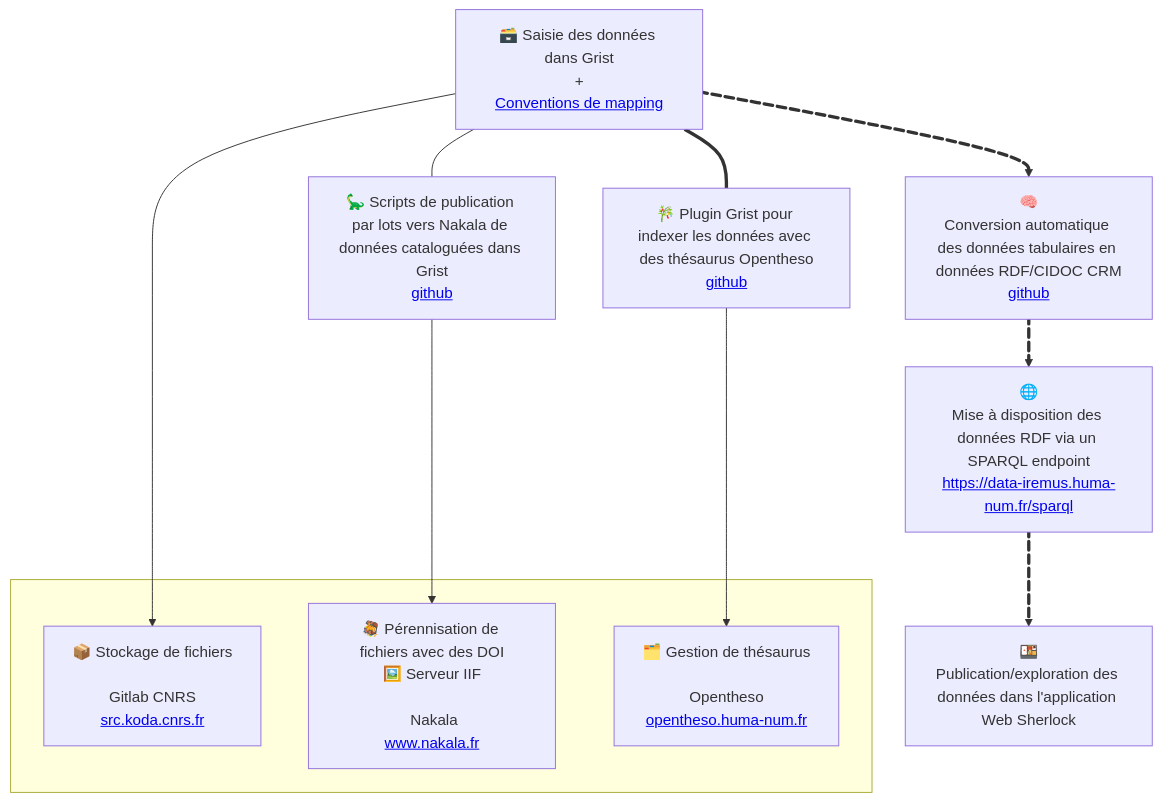
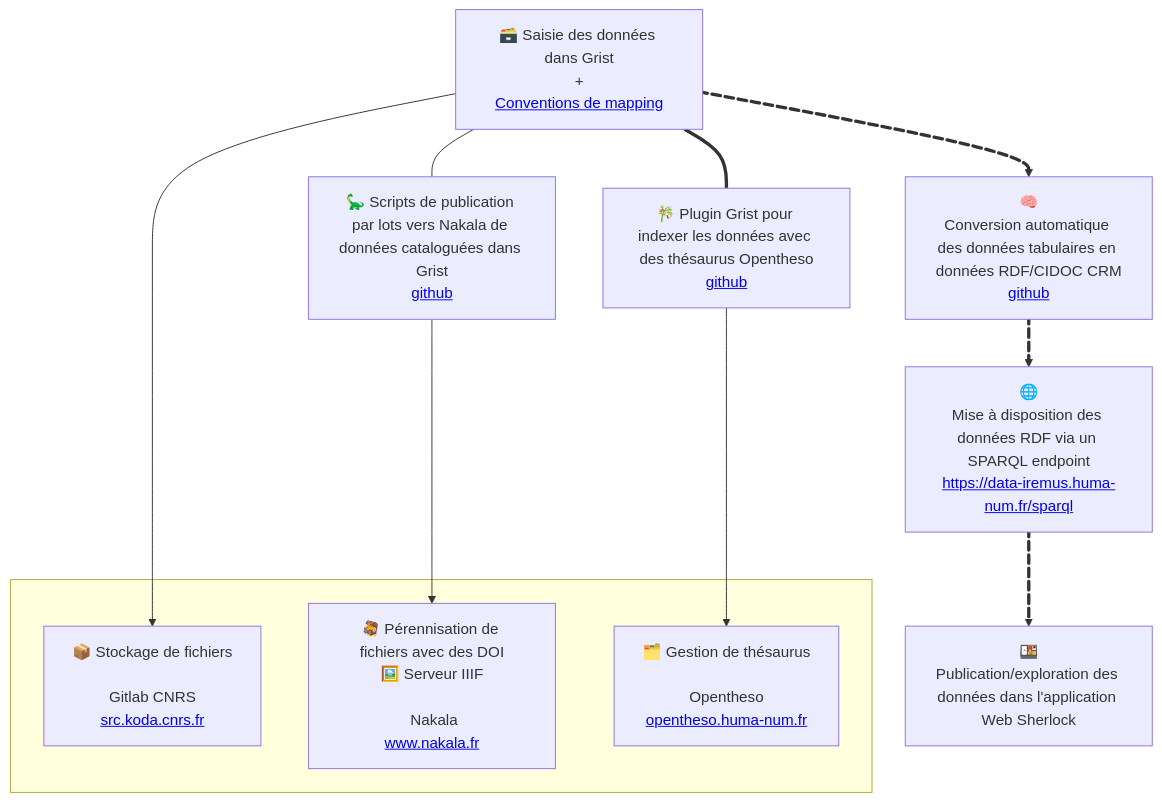
One commit to sherlock-iremus/sherlock changed the diagram in README.md. Above: the diagram before and after it, drawn with Mermaid.

````diff
--- a/README.md
+++ b/README.md
@@ -48,29 +48,29 @@
 ```mermaid
     flowchart TB
     
     subgraph  
     koda[📦 Stockage de fichiers<br><br>Gitlab CNRS<br><a href="https://src.koda.cnrs.fr/">src.koda.cnrs.fr</a>]
-    nakala[🪎 Pérennisation de fichiers avec des DOI<br>🖼️ Serveur IIF<br><br> Nakala<br><a href="https://www.nakala.fr/">www.nakala.fr</a>]
+    nakala[🪎 Pérennisation de fichiers avec des DOI<br>🖼️ Serveur IIIF<br><br> Nakala<br><a href="https://www.nakala.fr/">www.nakala.fr</a>]
     hnot[🗂️ Gestion de thésaurus<br><br>Opentheso<br><a href="https://opentheso.huma-num.fr/">opentheso.huma-num.fr</a>]
     end
     
     grist[🗃️ Saisie des données dans Grist<br>+<br><a href="https://github.com/sherlock-iremus/sherlock-grist-to-crm/blob/main/doc/mapping.md">Conventions de mapping</a>]
     scripts[🧠<br>Conversion automatique des données tabulaires en données RDF/CIDOC CRM<br><a href="https://github.com/sherlock-iremus/sherlock-grist-to-crm">github</a>]
     sparql[🌐<br>Mise à disposition des données RDF via un SPARQL endpoint<br><a href="https://data-iremus.huma-num.fr/sparql">https://data-iremus.huma-num.fr/sparql</a>]
     sherlock[🍱<br>Publication/exploration des données dans l'application Web Sherlock]
     gop[🎋 Plugin Grist pour indexer les données avec des thésaurus Opentheso<br><a href="https://github.com/sherlock-iremus/sherlock-grist-opentheso-plugin">github</a>]
     sdnakala[🦕 Scripts de publication par lots vers Nakala de données cataloguées dans Grist<br><a href="https://github.com/sherlock-iremus/sherlock-deno">github</a>]
 
     grist e1@==> scripts
     scripts e2@==> sparql
     sparql e3@==> sherlock
 
 
 e1@{ animate: true }
     e2@{ animate: true }
     e3@{ animate: true }
     
     grist ---> koda
     grist === gop ---> hnot
     grist --- sdnakala ---> nakala
 ```
````
